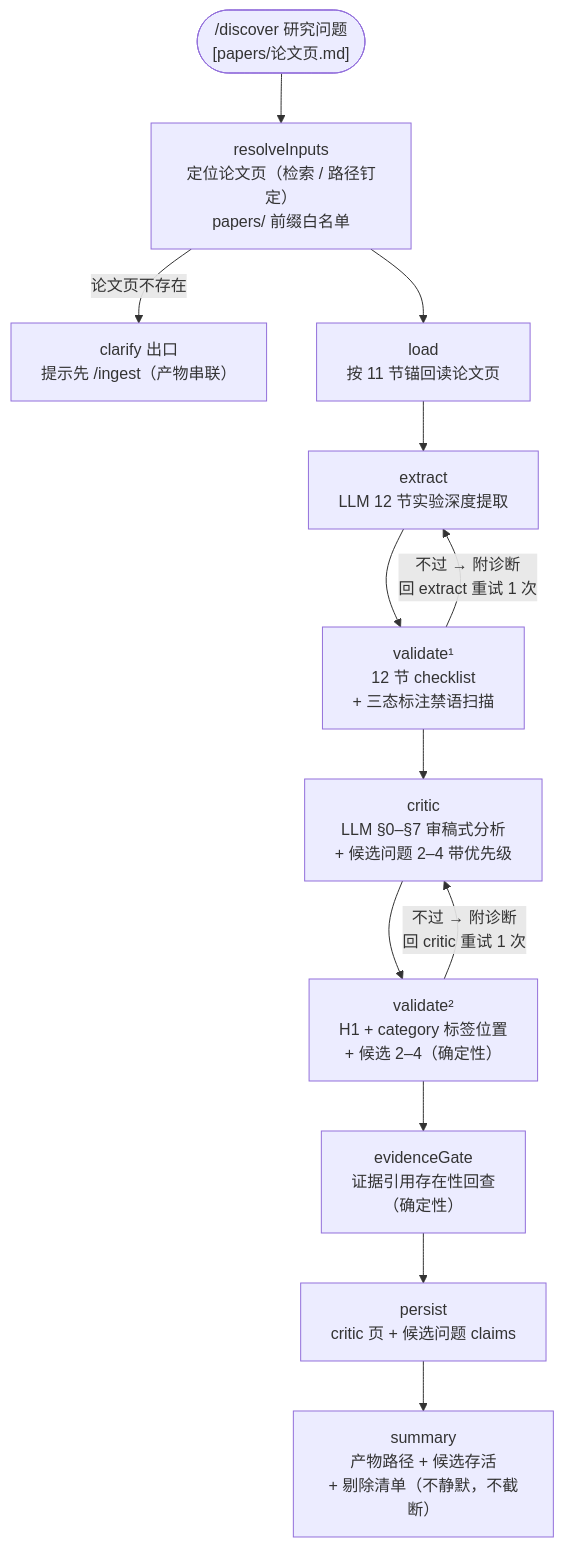
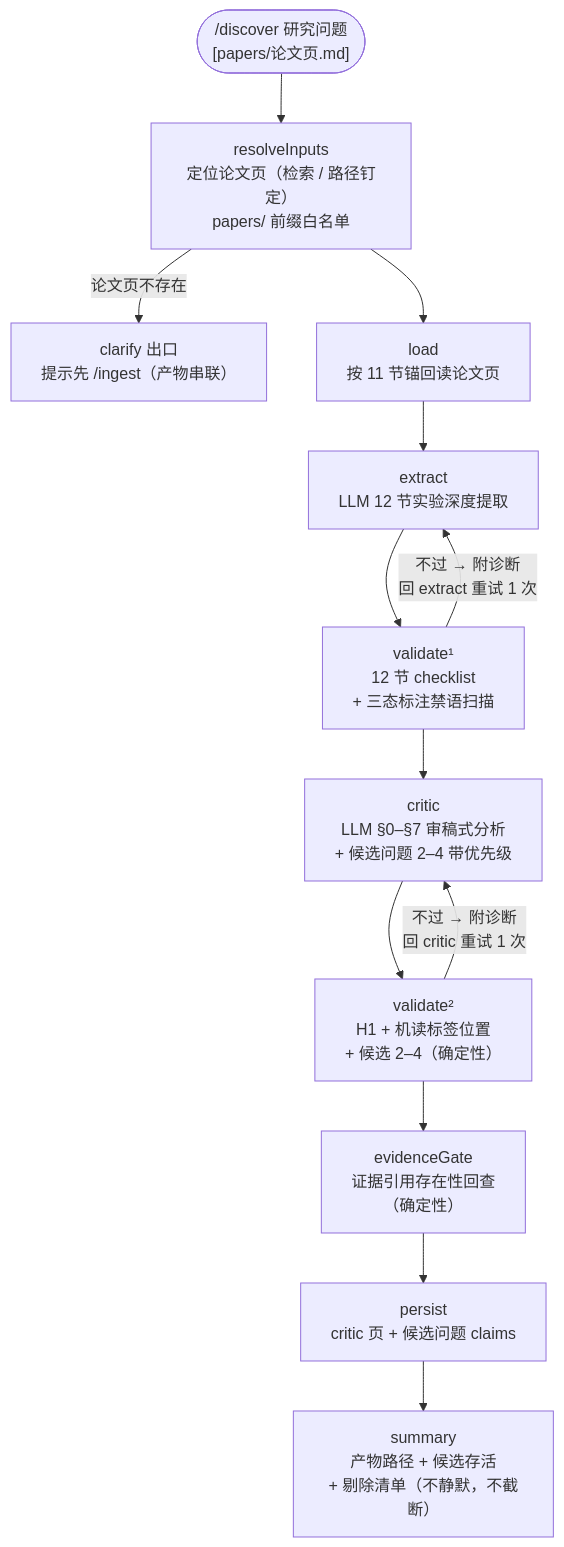
The third of 5 diagrams in plugins/research/README.md (ACautomata/researcher-service), drawn with Mermaid before and after one commit. The commit also changed other lines of this file and 17 other files, not shown here.

````diff
--- a/plugins/research/README.md
+++ b/plugins/research/README.md
@@ -98,15 +98,15 @@
 ```mermaid
 flowchart TD
     S(["/discover 研究问题<br/>[papers/论文页.md]"]) --> RI["resolveInputs<br/>定位论文页（检索 / 路径钉定）<br/>papers/ 前缀白名单"]
     RI -->|"论文页不存在"| CL["clarify 出口<br/>提示先 /ingest（产物串联）"]
     RI --> L["load<br/>按 11 节锚回读论文页"]
     L --> EX["extract<br/>LLM 12 节实验深度提取"]
     EX --> V1["validate¹<br/>12 节 checklist<br/>+ 三态标注禁语扫描"]
     V1 -->|"不过 → 附诊断<br/>回 extract 重试 1 次"| EX
     V1 --> CR["critic<br/>LLM §0–§7 审稿式分析<br/>+ 候选问题 2–4 带优先级"]
-    CR --> V2["validate²<br/>H1 + category 标签位置<br/>+ 候选 2–4（确定性）"]
+    CR --> V2["validate²<br/>H1 + 机读标签位置<br/>+ 候选 2–4（确定性）"]
     V2 -->|"不过 → 附诊断<br/>回 critic 重试 1 次"| CR
     V2 --> EG["evidenceGate<br/>证据引用存在性回查<br/>（确定性）"]
     EG --> P["persist<br/>critic 页 + 候选问题 claims"]
     P --> SM["summary<br/>产物路径 + 候选存活<br/>+ 剔除清单（不静默，不截断）"]
 ```
````
